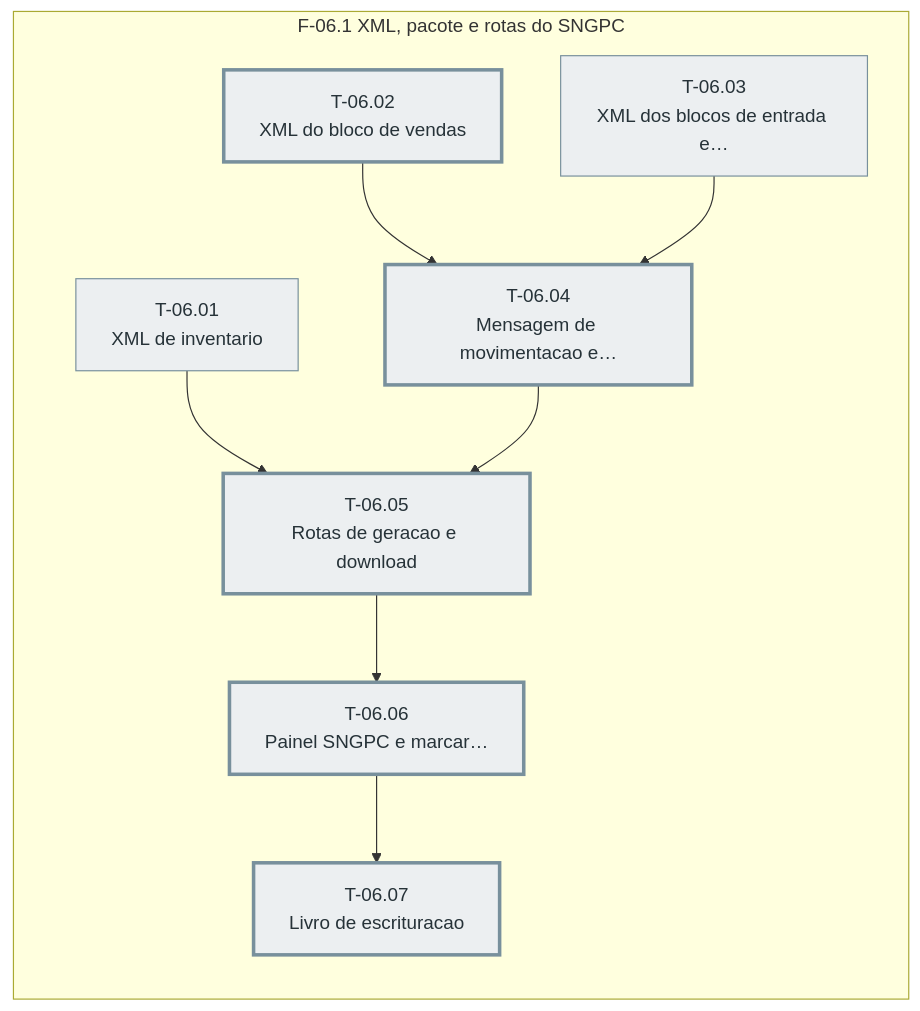
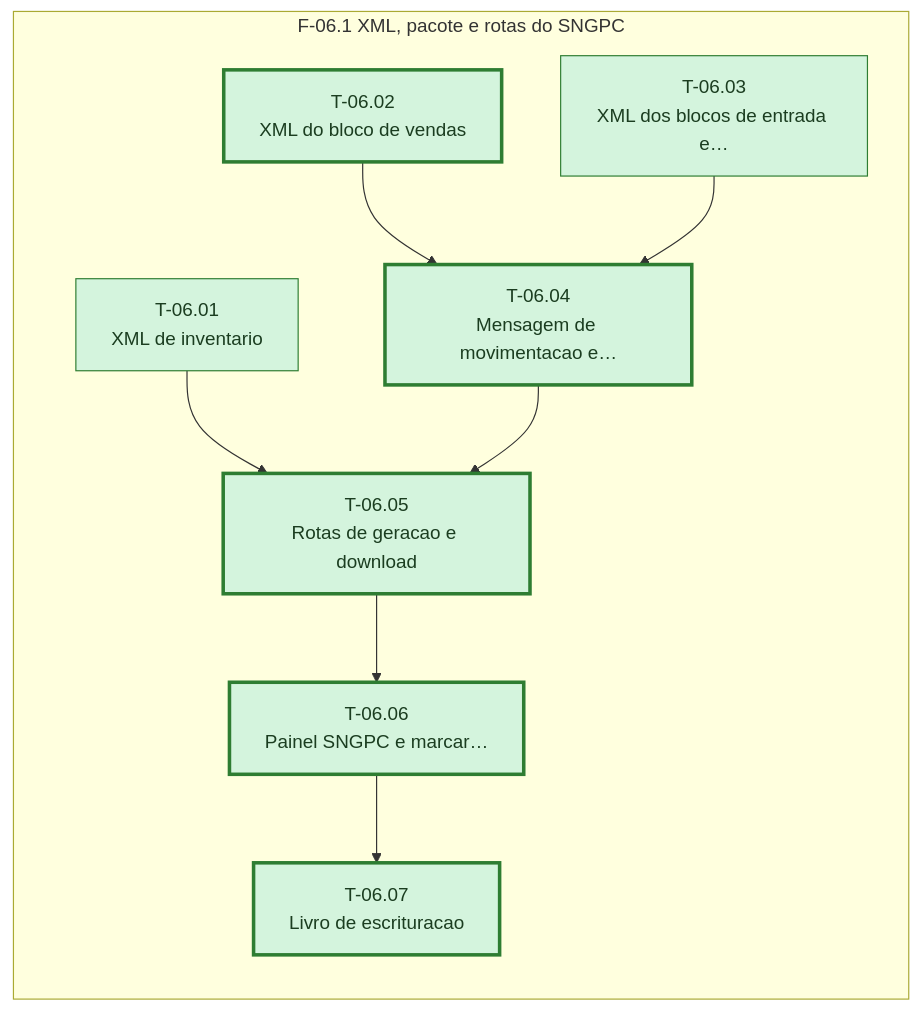
Before and after one commit to jonathasGodinho/jgsistemas-PDV: the diagram in docs/sprintx/features/farmacia-controlados/sprint-06/tasks.md, drawn with Mermaid. The commit also changed other lines of this file and 14 other files, not shown here.

````diff
--- a/docs/sprintx/features/farmacia-controlados/sprint-06/tasks.md
+++ b/docs/sprintx/features/farmacia-controlados/sprint-06/tasks.md
@@ -164,32 +164,32 @@
 ```mermaid
 %% Grafo de tasks — sprint-06 — gerado pela sprintx a partir deste arquivo
 flowchart LR
   subgraph fase_06_1["F-06.1 XML, pacote e rotas do SNGPC"]
     T_06_01["T-06.01<br/>XML de inventario"]
     T_06_02["T-06.02<br/>XML do bloco de vendas"]
     T_06_03["T-06.03<br/>XML dos blocos de entrada e…"]
     T_06_04["T-06.04<br/>Mensagem de movimentacao e…"]
     T_06_05["T-06.05<br/>Rotas de geracao e download"]
     T_06_06["T-06.06<br/>Painel SNGPC e marcar…"]
     T_06_07["T-06.07<br/>Livro de escrituracao"]
   end
   T_06_02 --> T_06_04
   T_06_03 --> T_06_04
   T_06_01 --> T_06_05
   T_06_04 --> T_06_05
   T_06_05 --> T_06_06
   T_06_06 --> T_06_07
   classDef concluida fill:#d4f4dd,stroke:#2e7d32,color:#1b3d20
   classDef andamento fill:#fff3cd,stroke:#b8860b,color:#4a3800
   classDef bloqueada fill:#f8d7da,stroke:#c62828,color:#4a1d1f
   classDef pendente  fill:#eceff1,stroke:#78909c,color:#263238
   classDef critico   stroke-width:3px
-  class T_06_01 pendente
-  class T_06_02 pendente
-  class T_06_03 pendente
-  class T_06_04 pendente
-  class T_06_05 pendente
-  class T_06_06 pendente
-  class T_06_07 pendente
+  class T_06_01 concluida
+  class T_06_02 concluida
+  class T_06_03 concluida
+  class T_06_04 concluida
+  class T_06_05 concluida
+  class T_06_06 concluida
+  class T_06_07 concluida
   class T_06_02,T_06_04,T_06_05,T_06_06,T_06_07 critico
 ```
````
